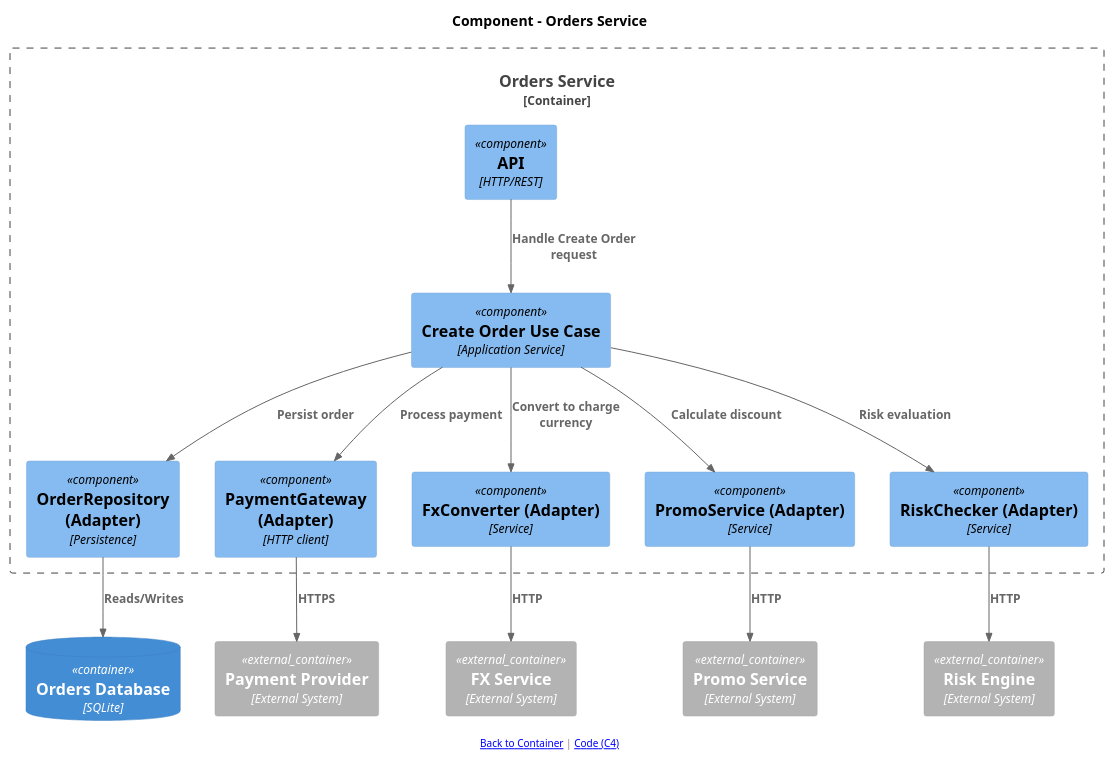
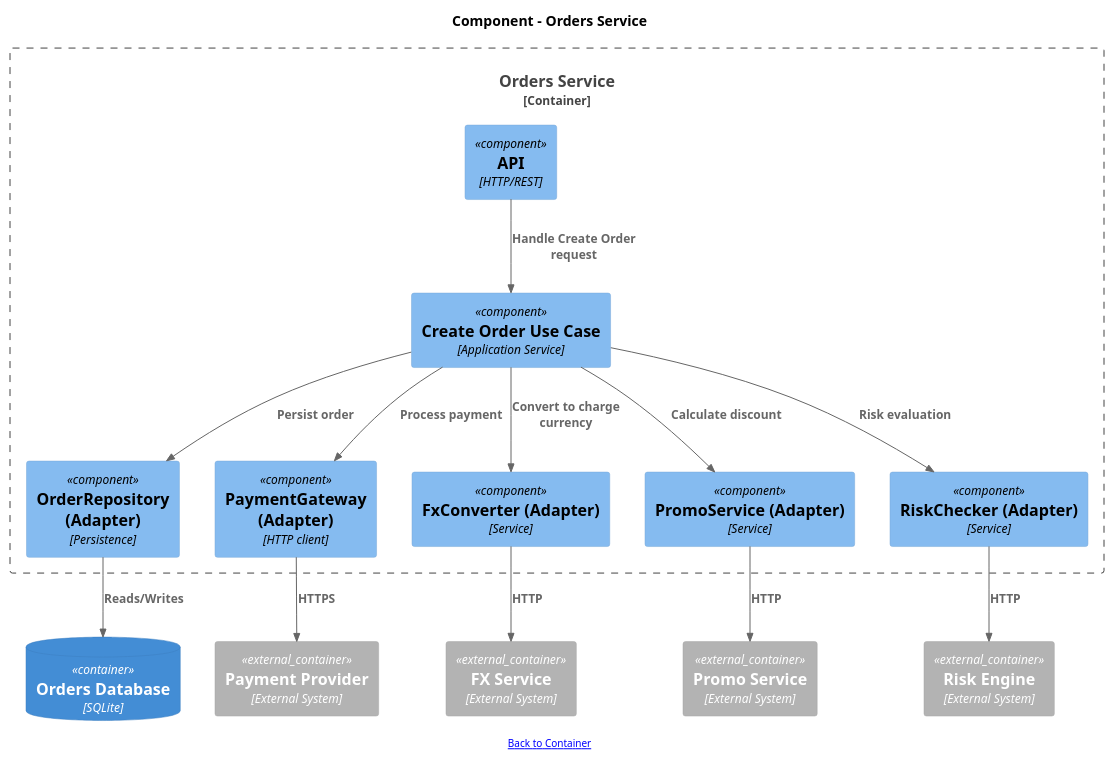
One commit to mundiir/meetup-2025-orders-service changed the diagram in docs/c4/component.puml. Above: the diagram before and after it, drawn with PlantUML. The commit also changed 4 other files, not shown here.

Commit message:
Update Diagrams

```diff
--- a/docs/c4/component.puml
+++ b/docs/c4/component.puml
@@ -1,41 +1,41 @@
 @startuml
 !includeurl https://raw.githubusercontent.com/plantuml-stdlib/C4-PlantUML/master/C4_Context.puml
 !includeurl https://raw.githubusercontent.com/plantuml-stdlib/C4-PlantUML/master/C4_Component.puml
 
 LAYOUT_TOP_DOWN()
 
 title Component - Orders Service
 
 Container_Boundary(orders_cmp, "Orders Service") {
   Component(orders_api, "API", "HTTP/REST", $link="create-order-application-sequence.svg")
-  Component(orders_app, "Create Order Use Case", "Application Service", $link="../../src/Application/UseCase/CreateOrder")
+  Component(orders_app, "Create Order Use Case", "Application Service", $link="sequence.svg")
   Component(orders_repo, "OrderRepository (Adapter)", "Persistence", $link="../../src/Infrastructure/Persistence")
   Component(orders_pay, "PaymentGateway (Adapter)", "HTTP client", $link="../../src/Infrastructure/Http")
   Component(orders_fx, "FxConverter (Adapter)", "Service", $link="../../src/Infrastructure/Service")
   Component(orders_promo, "PromoService (Adapter)", "Service", $link="../../src/Infrastructure/Service")
   Component(orders_risk, "RiskChecker (Adapter)", "Service", $link="../../src/Infrastructure/Service")
 }
 
 ' External dependencies around the container (Containers)
-ContainerDb(orders_db, "Orders Database", "SQLite")
+ContainerDb(orders_db, "Orders Database", "SQLite", $link="er.svg")
 Container_Ext(payment_sys, "Payment Provider", "External System")
 Container_Ext(promo_sys, "Promo Service", "External System")
 Container_Ext(fx_sys, "FX Service", "External System")
 Container_Ext(risk_sys, "Risk Engine", "External System")
 
 Rel(orders_api, orders_app, "Handle Create Order request")
 Rel(orders_app, orders_promo, "Calculate discount")
 Rel(orders_app, orders_fx, "Convert to charge currency")
 Rel(orders_app, orders_risk, "Risk evaluation")
 Rel(orders_app, orders_pay, "Process payment")
 Rel(orders_app, orders_repo, "Persist order")
 
 ' Adapters talk to external containers
 Rel(orders_repo, orders_db, "Reads/Writes")
 Rel(orders_pay, payment_sys, "HTTPS")
 Rel(orders_promo, promo_sys, "HTTP")
 Rel(orders_fx, fx_sys, "HTTP")
 Rel(orders_risk, risk_sys, "HTTP")
 
-footer [[../../../meetup-2025-landscape/c4/c2-containers.svg Back to Container]] | [[../../../meetup-2025-landscape/c4/c4-code-orders.svg Code (C4)]]
+footer [[../../../meetup-2025-landscape/c4/c4-containers.svg Back to Container]]
 @enduml
```
